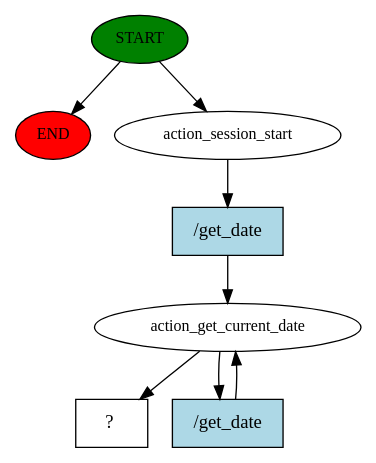
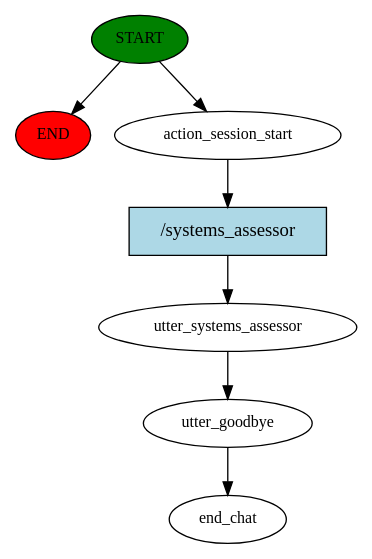
One commit to AlejandroChitivaC/BotPythonRasa changed the diagram in story_graph.dot. Above: the diagram before and after it, drawn with Graphviz. The commit also changed 5 other files, not shown here.

```diff
--- a/story_graph.dot
+++ b/story_graph.dot
@@ -1,16 +1,15 @@
 digraph  {
 0 [class="start active", fillcolor=green, fontsize=12, label=START, style=filled];
 "-1" [class=end, fillcolor=red, fontsize=12, label=END, style=filled];
 1 [class=active, fontsize=12, label=action_session_start];
-2 [class=active, fontsize=12, label=action_get_current_date];
-5 [class="intent dashed active", label="  ?  ", shape=rect];
-6 [class="intent active", fillcolor=lightblue, label="/get_date", shape=rect, style=filled];
-7 [class="intent active", fillcolor=lightblue, label="/get_date", shape=rect, style=filled];
+2 [class=active, fontsize=12, label=utter_systems_assessor];
+3 [class=active, fontsize=12, label=utter_goodbye];
+4 [class="dashed active", fontsize=12, label=end_chat];
+5 [class="intent active", fillcolor=lightblue, label="/systems_assessor", shape=rect, style=filled];
 0 -> "-1"  [class="", key=NONE, label=""];
 0 -> 1  [class=active, key=NONE, label=""];
-1 -> 6  [class=active, key=0];
-2 -> 5  [class=active, key=NONE, label=""];
-2 -> 7  [class=active, key=0];
-6 -> 2  [class=active, key=0];
-7 -> 2  [class=active, key=0];
+1 -> 5  [class=active, key=0];
+2 -> 3  [class=active, key=NONE, label=""];
+3 -> 4  [class=active, key=NONE, label=""];
+5 -> 2  [class=active, key=0];
 }
```
